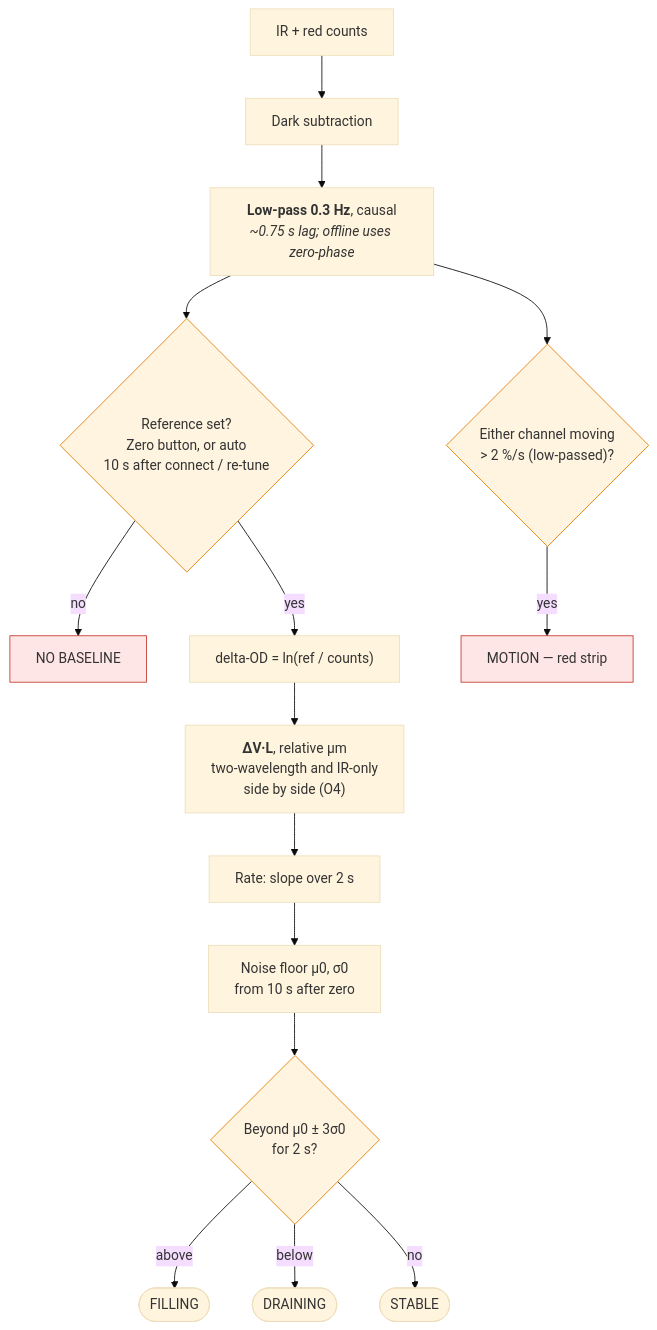
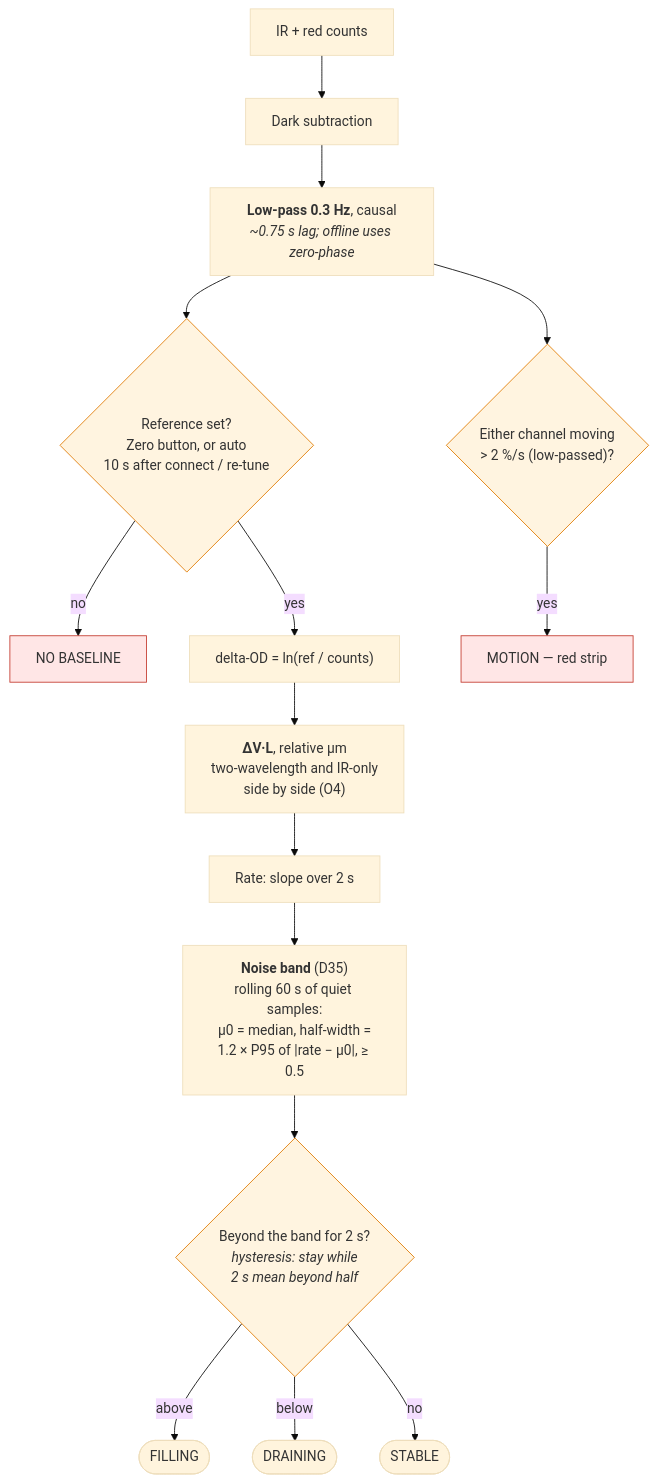
The sixth of 9 diagrams in docs/architecture.md (akkhilmorkonda/MAPQuest_PPG), drawn with Mermaid (base theme) before and after one commit. The commit also changed other lines of this file and 6 other files, not shown here.

First line of the commit message:
Rolling envelope noise band for volume; sliding-window heart rate

````diff
--- a/docs/architecture.md
+++ b/docs/architecture.md
@@ -248,22 +248,22 @@
 ```mermaid
 flowchart TD
     RAW["IR + red counts"] --> DK["Dark subtraction"]
     DK --> LP["<b>Low-pass 0.3 Hz</b>, causal<br/><i>~0.75 s lag; offline uses zero-phase</i>"]
     LP --> REF{"Reference set?<br/>Zero button, or auto<br/>10 s after connect / re-tune"}
     REF -->|no| WAIT["NO BASELINE"]
     REF -->|yes| OD["delta-OD = ln(ref / counts)"]
     OD --> DV["<b>ΔV·L</b>, relative µm<br/>two-wavelength and IR-only<br/>side by side (O4)"]
     DV --> RATE["Rate: slope over 2 s"]
     LP --> MOT{"Either channel moving<br/>> 2 %/s (low-passed)?"}
     MOT -->|yes| MS["MOTION — red strip"]
-    RATE --> FL["Noise floor μ0, σ0<br/>from 10 s after zero"]
-    FL --> TR{"Beyond μ0 ± 3σ0<br/>for 2 s?"}
+    RATE --> FL["<b>Noise band</b> (D35)<br/>rolling 60 s of quiet samples:<br/>μ0 = median, half-width =<br/>1.2 × P95 of |rate − μ0|, ≥ 0.5"]
+    FL --> TR{"Beyond the band for 2 s?<br/><i>hysteresis: stay while<br/>2 s mean beyond half</i>"}
     TR -->|above| FILL(["FILLING"])
     TR -->|below| DRAIN(["DRAINING"])
     TR -->|no| STAB(["STABLE"])
 
     classDef gate fill:#fff4e0,stroke:#e07b00
     classDef bad fill:#ffe6e6,stroke:#c43b2f
     class REF,MOT,TR gate
     class MS,WAIT bad
 ```
````
